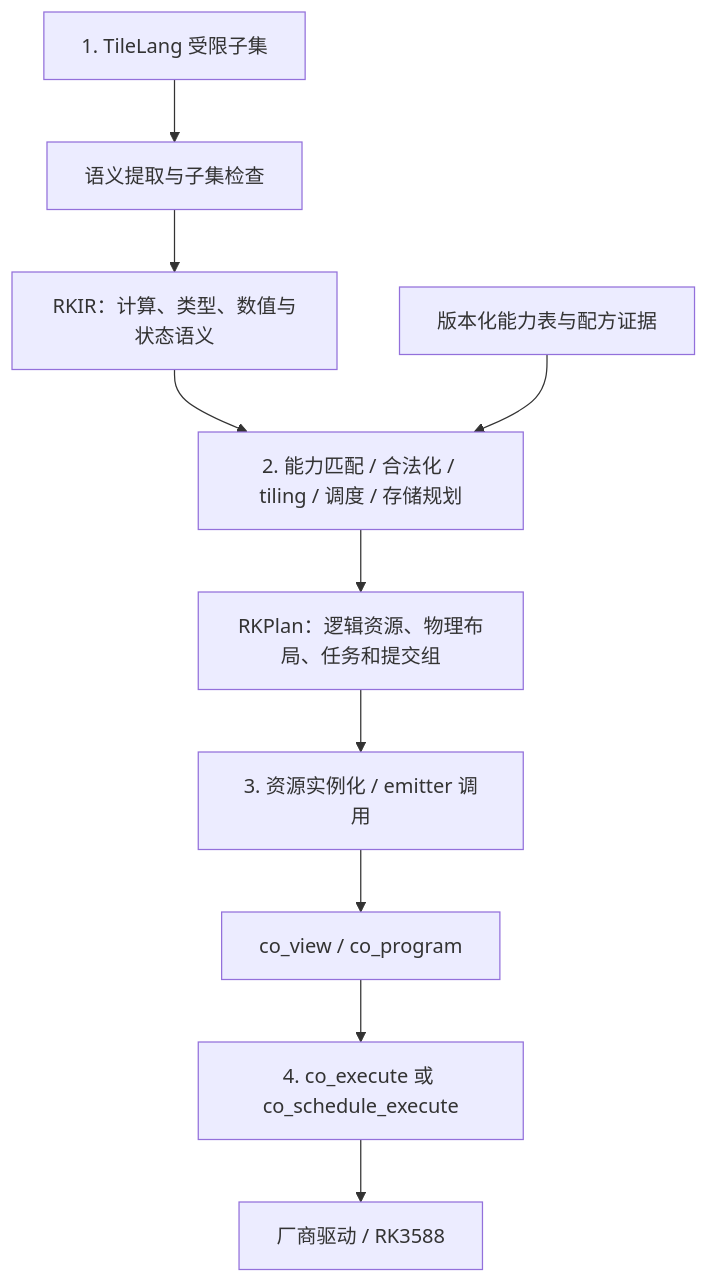
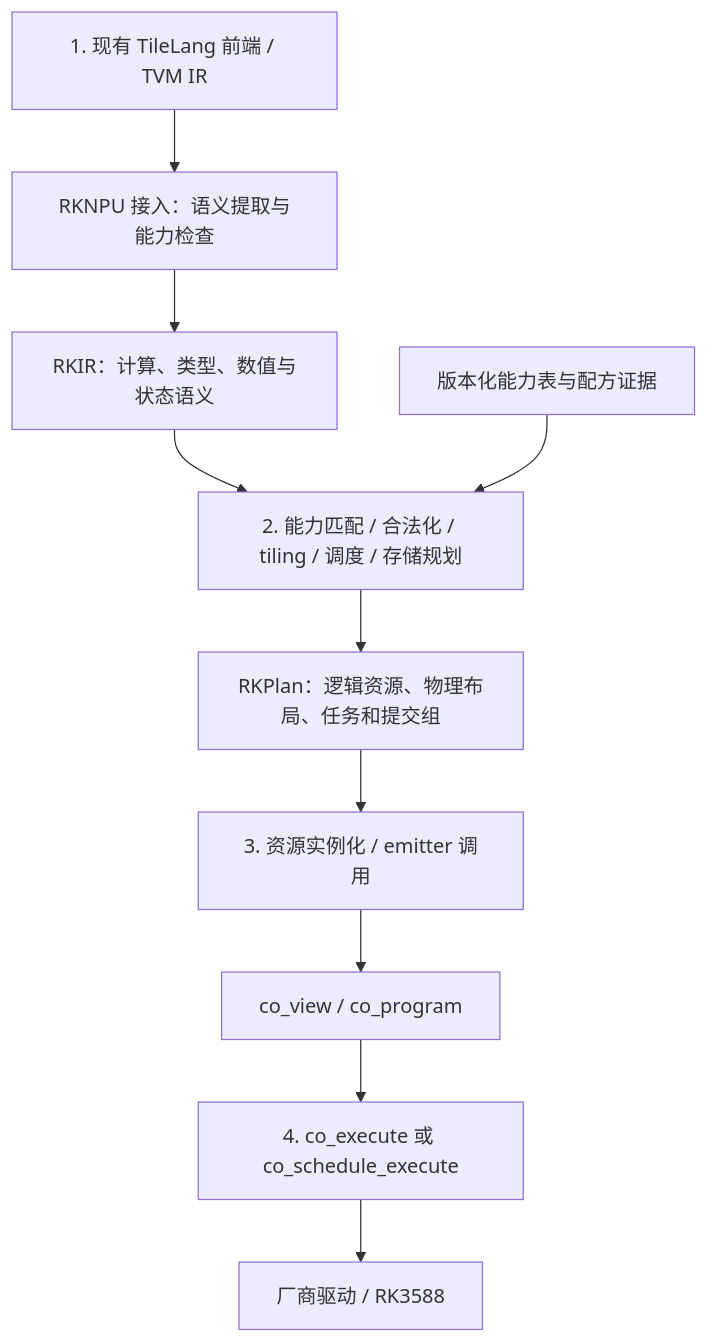
Before and after one commit to Ecazy/rockchip-npu-notes: the diagram in research/tilelang-rknpu/overview.md, drawn with Mermaid. The commit also changed other lines of this file and 733 other files, not shown here.

````diff
--- a/research/tilelang-rknpu/overview.md
+++ b/research/tilelang-rknpu/overview.md
@@ -27,12 +29,12 @@
 ```mermaid
 flowchart TD
-  TL["1. TileLang 受限子集"] --> CHECK["语义提取与子集检查"]
+  TL["1. 现有 TileLang 前端 / TVM IR"] --> CHECK["RKNPU 接入：语义提取与能力检查"]
   CHECK --> IR["RKIR：计算、类型、数值与状态语义"]
   IR --> LOWER["2. 能力匹配 / 合法化 / tiling / 调度 / 存储规划"]
   CAP["版本化能力表与配方证据"] --> LOWER
   LOWER --> PLAN["RKPlan：逻辑资源、物理布局、任务和提交组"]
   PLAN --> BIND["3. 资源实例化 / emitter 调用"]
   BIND --> PROG["co_view / co_program"]
   PROG --> EXEC["4. co_execute 或 co_schedule_execute"]
   EXEC --> DEV["厂商驱动 / RK3588"]
 ```
````
